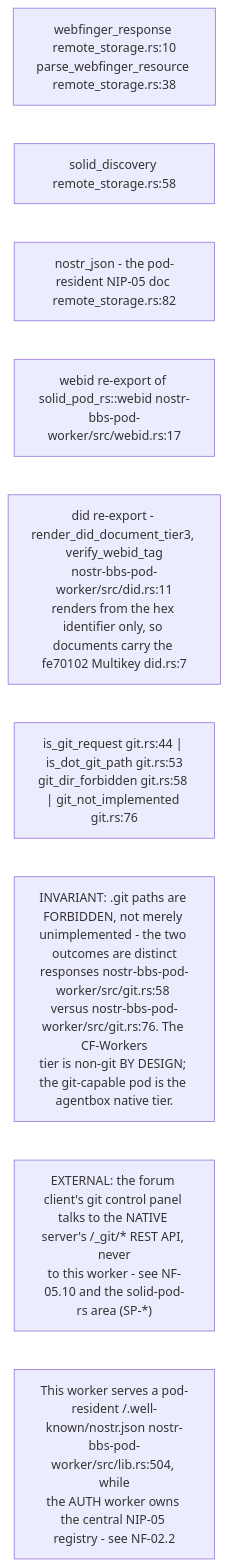
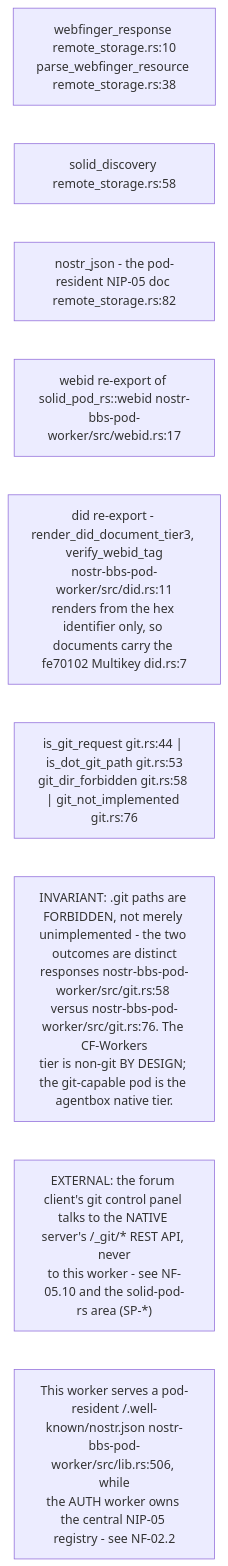
Before and after one commit to DreamLab-AI/VisionFlow: the seventh of 10 diagrams in docs/diagrams/nostr-rust-forum/04-pod-worker-ldp-wac-and-delegation.md, drawn with Mermaid. The commit also changed other lines of this file and 111 other files, not shown here.

Commit message:
docs(diagrams): align estate maps with current source

````diff
--- a/docs/diagrams/nostr-rust-forum/04-pod-worker-ldp-wac-and-delegation.md
+++ b/docs/diagrams/nostr-rust-forum/04-pod-worker-ldp-wac-and-delegation.md
@@ -216,13 +219,13 @@
 ```mermaid
 flowchart LR
     WFR["webfinger_response remote_storage.rs:10<br/>parse_webfinger_resource remote_storage.rs:38"]
     SOLD["solid_discovery remote_storage.rs:58"]
     NJ["nostr_json - the pod-resident NIP-05 doc remote_storage.rs:82"]
     WID["webid re-export of solid_pod_rs::webid nostr-bbs-pod-worker/src/webid.rs:17"]
     DIDM["did re-export - render_did_document_tier3, verify_webid_tag<br/>nostr-bbs-pod-worker/src/did.rs:11<br/>renders from the hex identifier only, so documents carry the fe70102 Multikey did.rs:7"]
     GITG["is_git_request git.rs:44 | is_dot_git_path git.rs:53<br/>git_dir_forbidden git.rs:58 | git_not_implemented git.rs:76"]
 
     N1["INVARIANT: .git paths are FORBIDDEN, not merely unimplemented - the two outcomes are distinct<br/>responses nostr-bbs-pod-worker/src/git.rs:58 versus nostr-bbs-pod-worker/src/git.rs:76. The CF-Workers<br/>tier is non-git BY DESIGN; the git-capable pod is the agentbox native tier."]
     N2["EXTERNAL: the forum client's git control panel talks to the NATIVE server's /_git/* REST API, never<br/>to this worker - see NF-05.10 and the solid-pod-rs area (SP-*)"]
-    N3["This worker serves a pod-resident /.well-known/nostr.json nostr-bbs-pod-worker/src/lib.rs:504, while<br/>the AUTH worker owns the central NIP-05 registry - see NF-02.2"]
+    N3["This worker serves a pod-resident /.well-known/nostr.json nostr-bbs-pod-worker/src/lib.rs:506, while<br/>the AUTH worker owns the central NIP-05 registry - see NF-02.2"]
 ```
````
